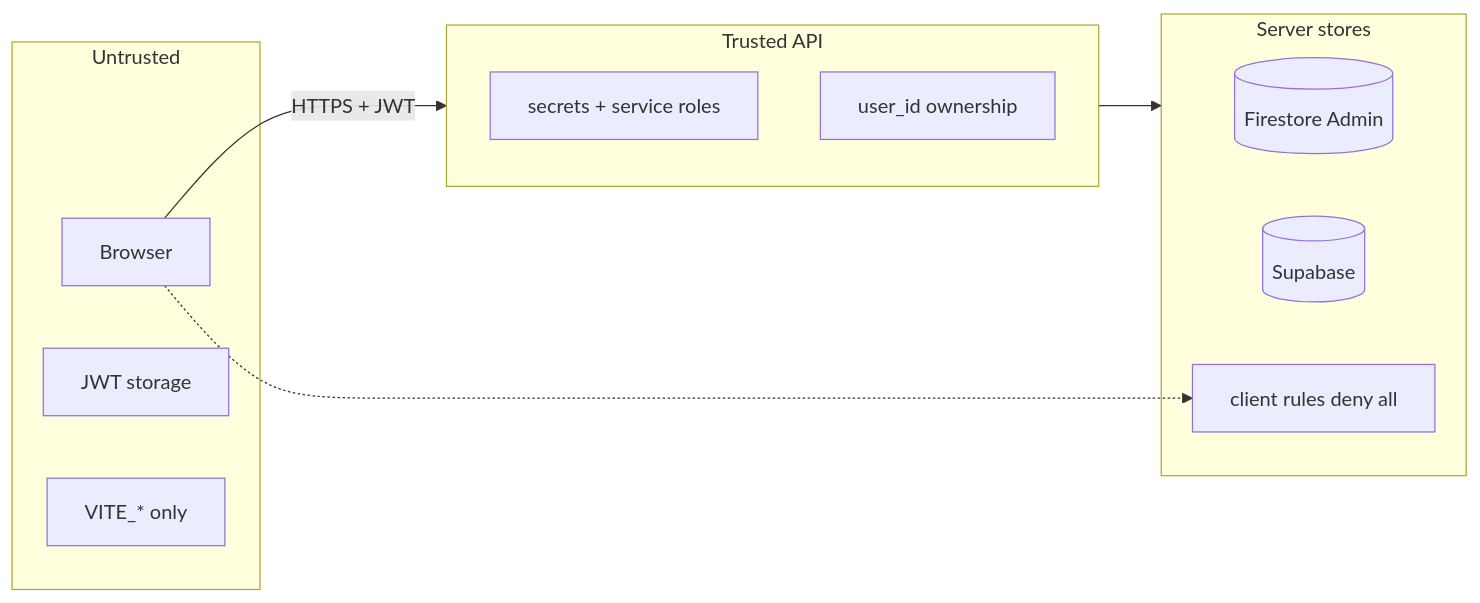
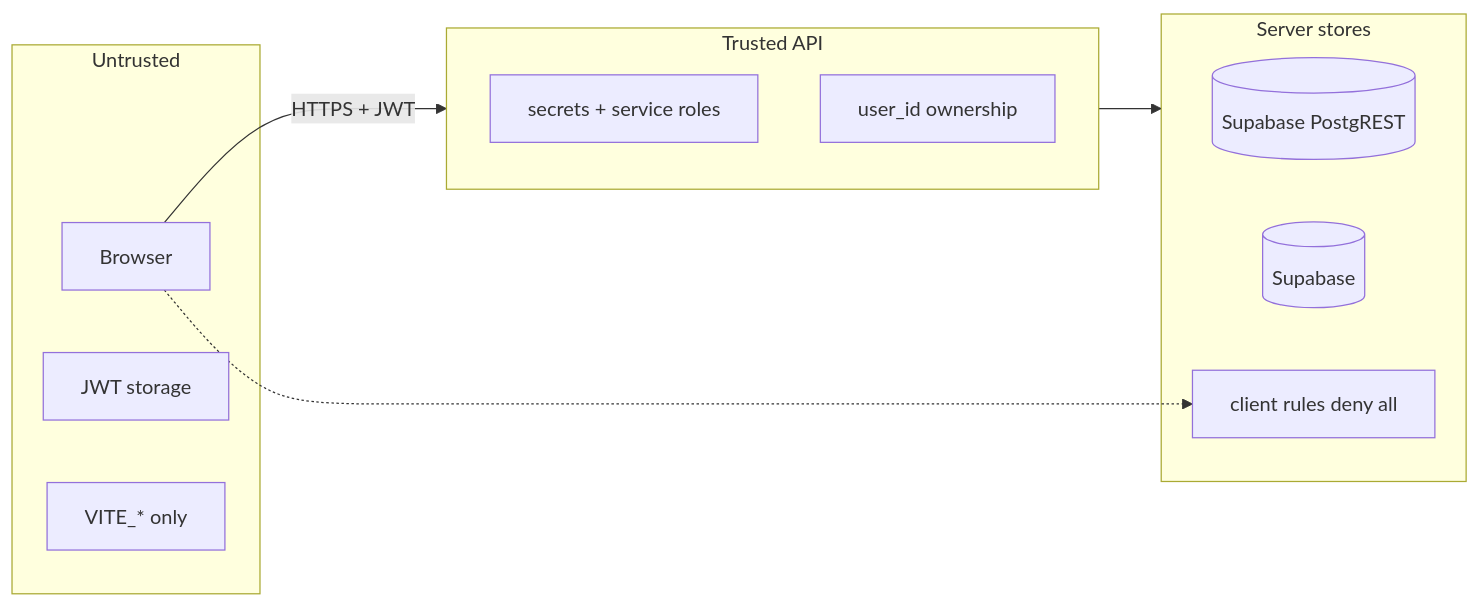
One commit to priyansupattanaik/career-copilot changed the eighth of 8 diagrams in docs/DOCUMENTATION.md. Above: the diagram before and after it, drawn with Mermaid. The commit also changed other lines of this file and 50 other files, not shown here.

Commit message:
feat(supabase): complete migration to supabase, fix schema mismatches, and stabilize api & agent connections

````diff
--- a/docs/DOCUMENTATION.md
+++ b/docs/DOCUMENTATION.md
@@ -955,20 +953,20 @@
 ```mermaid
 flowchart LR
   subgraph UNTRUSTED["Untrusted"]
     B[Browser]
     JWT[JWT storage]
     VITE[VITE_* only]
   end
   subgraph TRUSTED["Trusted API"]
     SEC[secrets + service roles]
     OWN[user_id ownership]
   end
   subgraph STORE["Server stores"]
-    FS[(Firestore Admin)]
+    DB[(Supabase PostgREST)]
     ST[(Supabase)]
     DENY[client rules deny all]
   end
   B -->|HTTPS + JWT| TRUSTED
   TRUSTED --> STORE
   B -.-> DENY
 ```
````
